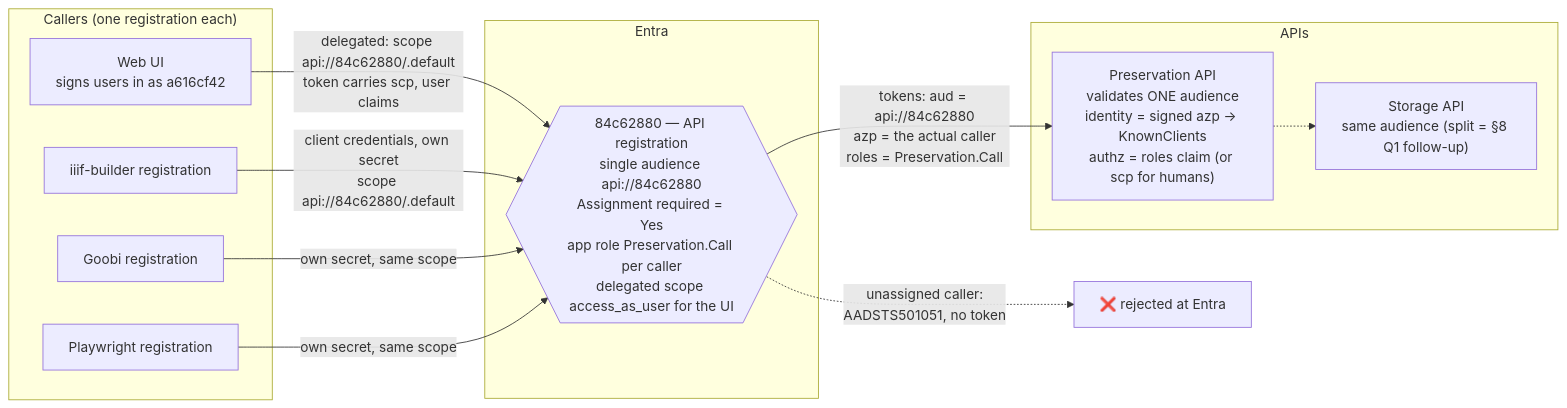
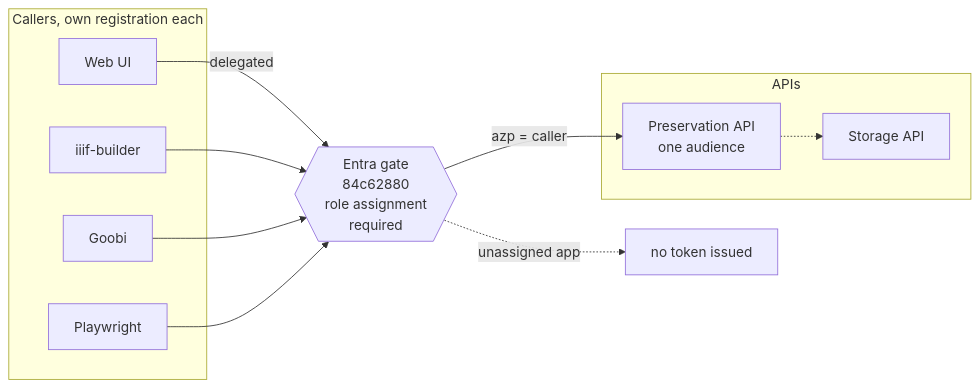
The second of 3 diagrams in docs/rfc-0001-lpii166-comparison.md (digirati-co-uk/digital-preservation), drawn with Mermaid before and after one commit. The commit also changed other lines of this file, not shown here.

First line of the commit message:
docs: fix truncated mermaid labels in the comparison diagrams

````diff
--- a/docs/rfc-0001-lpii166-comparison.md
+++ b/docs/rfc-0001-lpii166-comparison.md
@@ -57,26 +63,26 @@
 ```mermaid
 flowchart LR
-    subgraph callers ["Callers (one registration each)"]
-        UI2["Web UI<br/>signs users in as a616cf42"]
-        IIIF2["iiif-builder registration"]
-        GOOBI2["Goobi registration"]
-        PW2["Playwright registration"]
+    subgraph CALLERS2 ["Callers, own registration each"]
+        UI2["Web UI"]
+        IIIF2["iiif-builder"]
+        GOOBI2["Goobi"]
+        PW2["Playwright"]
     end
 
-    subgraph entra ["Entra"]
-        GATE{{"84c62880 — API registration<br/>single audience api://84c62880<br/>Assignment required = Yes<br/>app role Preservation.Call per caller<br/>delegated scope access_as_user for the UI"}}
+    GATE{{"Entra gate<br/>84c62880<br/>role assignment<br/>required"}}
+
+    subgraph APIS2 ["APIs"]
+        PRES2["Preservation API<br/>one audience"]
+        STOR2["Storage API"]
     end
 
-    subgraph apis ["APIs"]
-        PRES2["Preservation API<br/>validates ONE audience<br/>identity = signed azp → KnownClients<br/>authz = roles claim (or scp for humans)"]
-        STOR2["Storage API<br/>same audience (split = §8 Q1 follow-up)"]
-    end
+    X["no token issued"]
 
-    UI2 -->|"delegated: scope api://84c62880/.default<br/>token carries scp, user claims"| GATE
-    IIIF2 -->|"client credentials, own secret<br/>scope api://84c62880/.default"| GATE
-    GOOBI2 -->|"own secret, same scope"| GATE
-    PW2 -->|"own secret, same scope"| GATE
-    GATE -->|"tokens: aud = api://84c62880<br/>azp = the actual caller<br/>roles = Preservation.Call"| PRES2
-    GATE -.->|"unassigned caller:<br/>AADSTS501051, no token"| X["❌ rejected at Entra"]
+    UI2 -->|"delegated"| GATE
+    IIIF2 --> GATE
+    GOOBI2 --> GATE
+    PW2 --> GATE
+    GATE -->|"azp = caller"| PRES2
+    GATE -.->|"unassigned app"| X
     PRES2 -.-> STOR2
 ```
````
